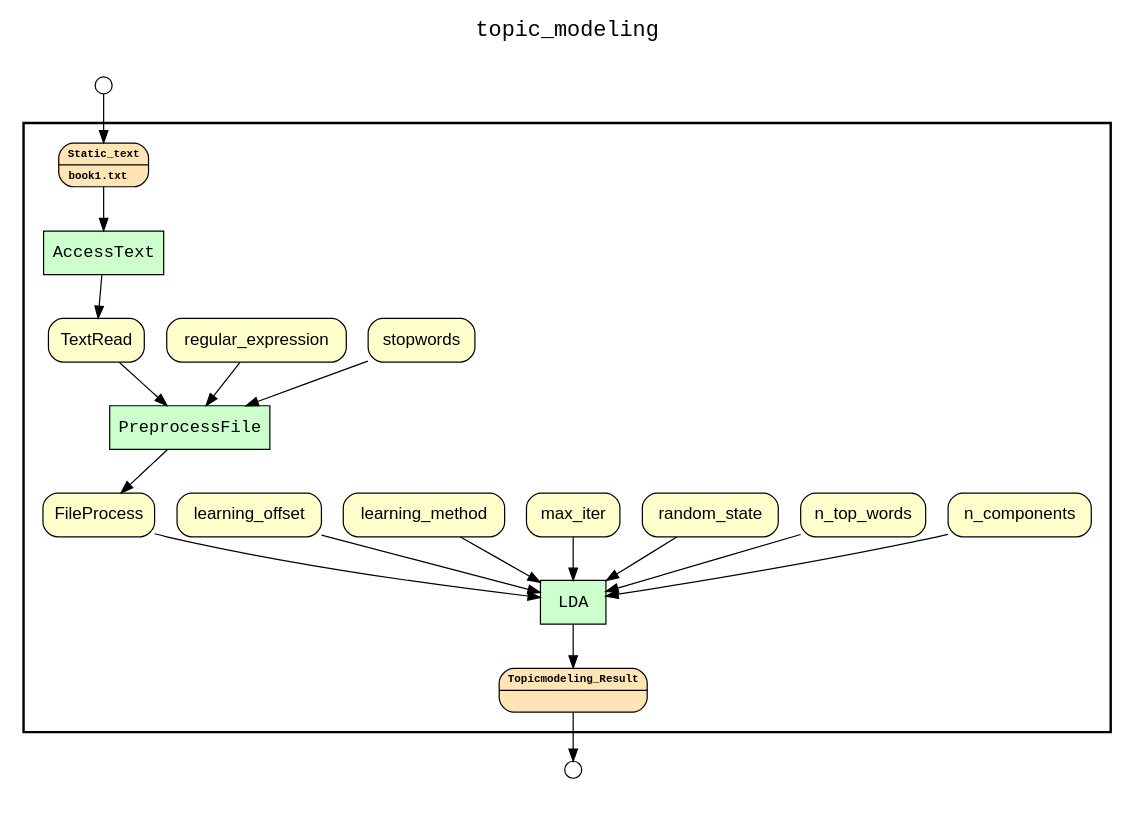
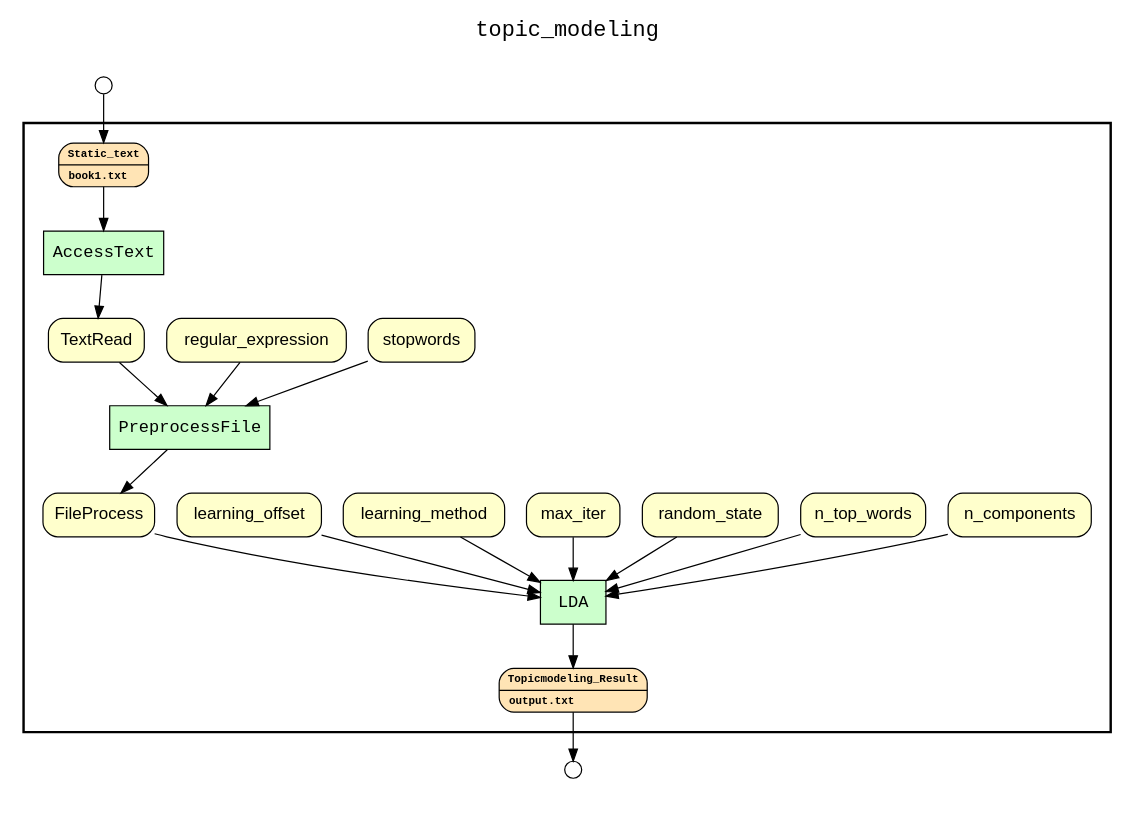
One commit to LanLi2017/yw-text-mining changed the diagram in text_mining/topic_modeling/results/wf_recon_upstream_of_Topicmodeling_Result.gv. Above: the diagram before and after it, drawn with Graphviz. The commit also changed 25 other files, not shown here.

```diff
--- a/text_mining/topic_modeling/results/wf_recon_upstream_of_Topicmodeling_Result.gv
+++ b/text_mining/topic_modeling/results/wf_recon_upstream_of_Topicmodeling_Result.gv
@@ -1,57 +1,57 @@
 
 digraph yw_data_view {
 rankdir=TB
 fontname=Courier; fontsize=18; labelloc=t
 label="topic_modeling"
 subgraph cluster_workflow { label=""; color=black; penwidth=2
 subgraph cluster_workflow_inner { label=""; color=white
 node[shape=box style="filled" fillcolor="#CCFFCC" peripheries=1 fontname=Courier]
 PreprocessFile
 AccessText
 LDA
 node[shape=box style="filled" fillcolor="#CCFFCC" peripheries=1 fontname=Courier]
 LDA
 node[shape=box style="rounded,filled" fillcolor="#FFFFCC" peripheries=1 fontname=Helvetica]
 TextRead
 stopwords
 regular_expression
 FileProcess
 n_components
 n_top_words
 random_state
 max_iter
 learning_method
 learning_offset
 node[shape=box style="rounded,filled" fillcolor="#FFE4B5" peripheries=1 fontname="Courier-Bold" fontsize=9]
 Static_text[shape=record rankdir=LR label="{<f0> Static_text |<f1>book1.txt\l}"]
 node[shape=box style="rounded,filled" fillcolor="#FFE4B5" peripheries=1 fontname="Courier-Bold" fontsize=9]
-Topicmodeling_Result[shape=record rankdir=LR label="{<f0> Topicmodeling_Result |<f1>}"]
+Topicmodeling_Result[shape=record rankdir=LR label="{<f0> Topicmodeling_Result |<f1>output.txt\l}"]
 node[shape=box style="rounded,filled" fillcolor="#FFFFFF" peripheries=1 fontname=Helvetica]
 }}
 subgraph cluster_inflows { label=""; color=white; penwidth=2
 subgraph cluster_inflows_inner { label=""; color=white
 node[shape=circle fillcolor="#FFFFFF" peripheries=1 width=0.2]
 Static_text_inflow [label=""]
 }}
 subgraph cluster_outflows { label=""; color=white; penwidth=2
 subgraph cluster_outflows_inner { label=""; color=white
 node[shape=circle fillcolor="#FFFFFF" peripheries=1 width=0.2]
 Topicmodeling_Result_outflow [label=""]
 }}
 random_state -> LDA
 stopwords -> PreprocessFile
 max_iter -> LDA
 regular_expression -> PreprocessFile
 learning_method -> LDA
 FileProcess -> LDA
 Static_text -> AccessText
 learning_offset -> LDA
 n_components -> LDA
 n_top_words -> LDA
 TextRead -> PreprocessFile
 AccessText -> TextRead
 PreprocessFile -> FileProcess
 LDA -> Topicmodeling_Result
 Static_text_inflow -> Static_text
 Topicmodeling_Result -> Topicmodeling_Result_outflow
 }
```
